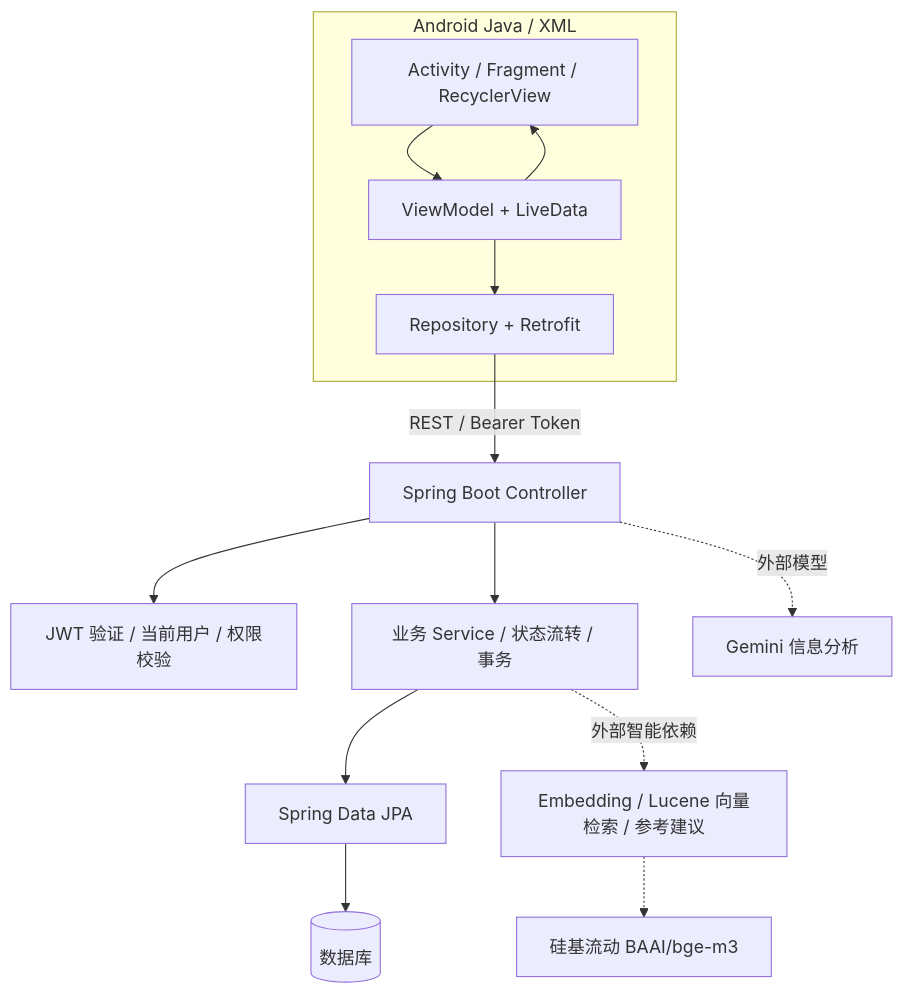
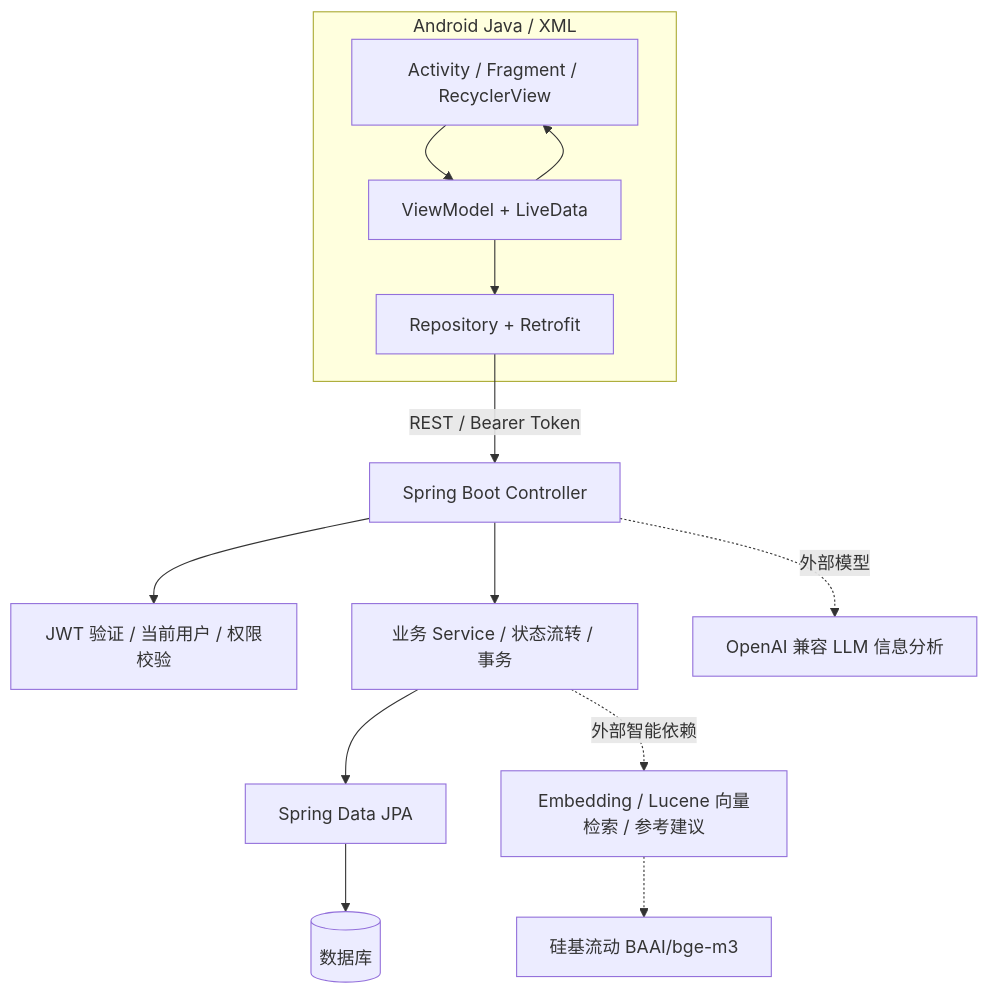
One commit to L1ke40oz/smart-workorder-system changed the first of 3 diagrams in docs/架构设计.md. Above: the diagram before and after it, drawn with Mermaid. The commit also changed other lines of this file and 22 other files, not shown here.

Commit message:
refactor: use OpenAI-compatible LLM protocol

````diff
--- a/docs/架构设计.md
+++ b/docs/架构设计.md
@@ -11,18 +13,18 @@
 ```mermaid
 flowchart TB
     subgraph Android[Android Java / XML]
         UI[Activity / Fragment / RecyclerView]
         VM[ViewModel + LiveData]
         Repo[Repository + Retrofit]
         UI --> VM --> Repo
         VM --> UI
     end
     Repo -->|REST / Bearer Token| API[Spring Boot Controller]
     API --> Auth[JWT 验证 / 当前用户 / 权限校验]
     API --> Service[业务 Service / 状态流转 / 事务]
     Service --> JPA[Spring Data JPA]
     JPA --> DB[(数据库)]
-    API -. 外部模型 .-> AI[Gemini 信息分析]
+    API -. 外部模型 .-> AI[OpenAI 兼容 LLM 信息分析]
     Service -. 外部智能依赖 .-> RAG[Embedding / Lucene 向量检索 / 参考建议]
     RAG -.-> SF[硅基流动 BAAI/bge-m3]
 ```
````
